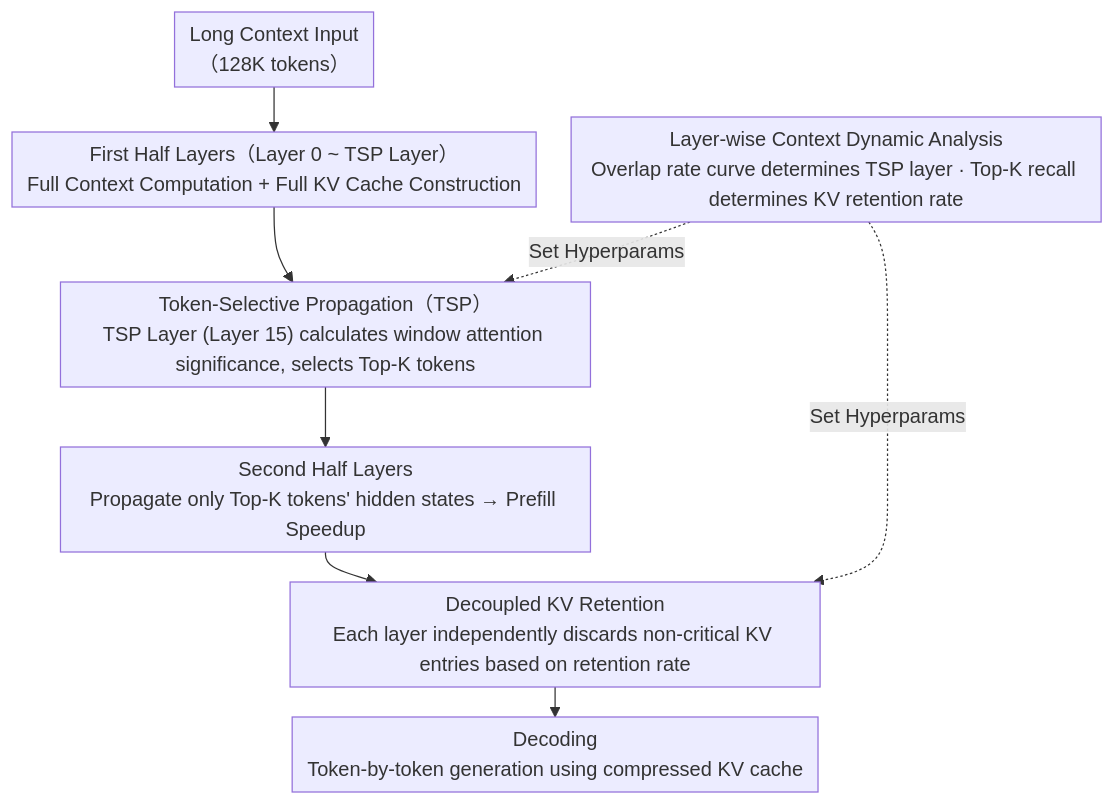
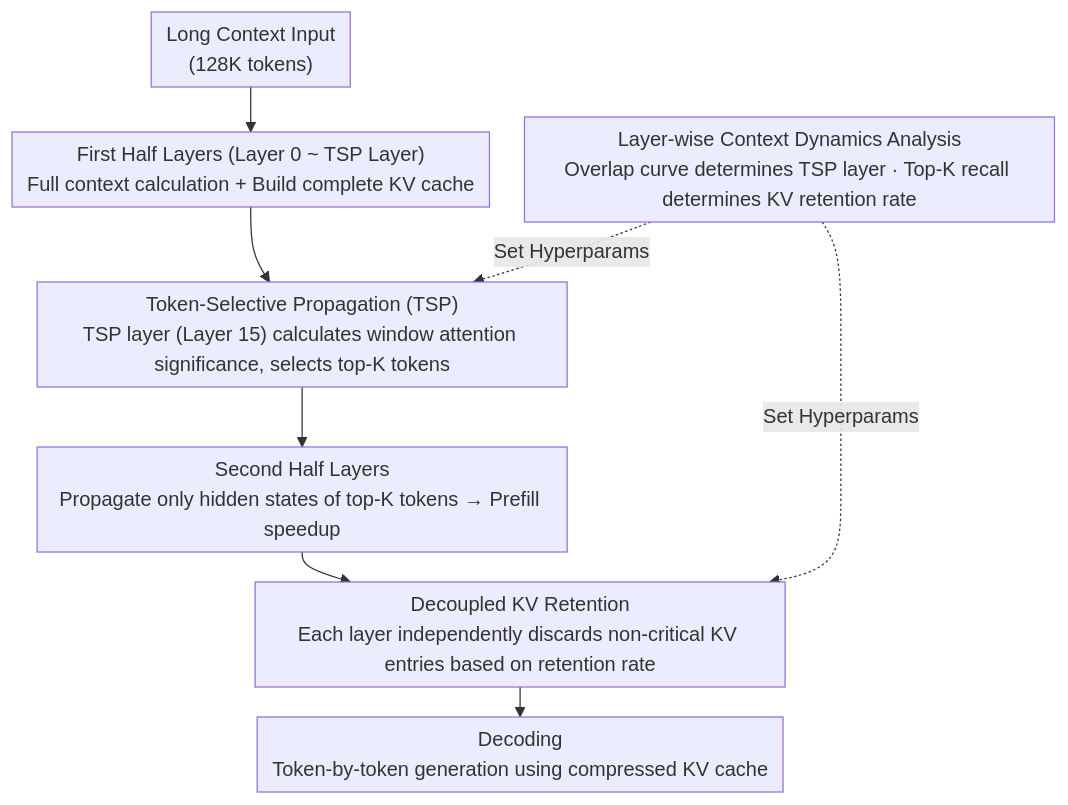
The diagram in docs/ACL2026/model_compression/fastkv_decoupling_of_context_reduction_and_kv_cache_compression_for_prefill-deco.md (zhaoyang97/Paper-Notes-en), drawn with Mermaid before and after one commit. The commit also changed other lines of this file and 5084 other files, not shown here.

````diff
--- a/docs/ACL2026/model_compression/fastkv_decoupling_of_context_reduction_and_kv_cache_compression_for_prefill-deco.md
+++ b/docs/ACL2026/model_compression/fastkv_decoupling_of_context_reduction_and_kv_cache_compression_for_prefill-deco.md
@@ -44,11 +44,11 @@
 ```mermaid
 %%{init: {'flowchart': {'rankSpacing': 24, 'nodeSpacing': 28, 'padding': 6, 'wrappingWidth': 400}}}%%
 flowchart TD
-    IN["Long Context Input<br/>（128K tokens）"] --> FRONT["First Half Layers（Layer 0 ~ TSP Layer）<br/>Full Context Computation + Full KV Cache Construction"]
-    FRONT --> TSP["Token-Selective Propagation（TSP）<br/>TSP Layer (Layer 15) calculates window attention significance, selects Top-K tokens"]
-    TSP --> BACK["Second Half Layers<br/>Propagate only Top-K tokens' hidden states → Prefill Speedup"]
+    IN["Long Context Input<br/>(128K tokens)"] --> FRONT["First Half Layers (Layer 0 ~ TSP Layer)<br/>Full context calculation + Build complete KV cache"]
+    FRONT --> TSP["Token-Selective Propagation (TSP)<br/>TSP layer (Layer 15) calculates window attention significance, selects top-K tokens"]
+    TSP --> BACK["Second Half Layers<br/>Propagate only hidden states of top-K tokens → Prefill speedup"]
     BACK --> KV["Decoupled KV Retention<br/>Each layer independently discards non-critical KV entries based on retention rate"]
     KV --> DEC["Decoding<br/>Token-by-token generation using compressed KV cache"]
-    ANALYSIS["Layer-wise Context Dynamic Analysis<br/>Overlap rate curve determines TSP layer · Top-K recall determines KV retention rate"] -.->|Set Hyperparams| TSP
+    ANALYSIS["Layer-wise Context Dynamics Analysis<br/>Overlap curve determines TSP layer · Top-K recall determines KV retention rate"] -.->|Set Hyperparams| TSP
     ANALYSIS -.->|Set Hyperparams| KV
 ```
````
